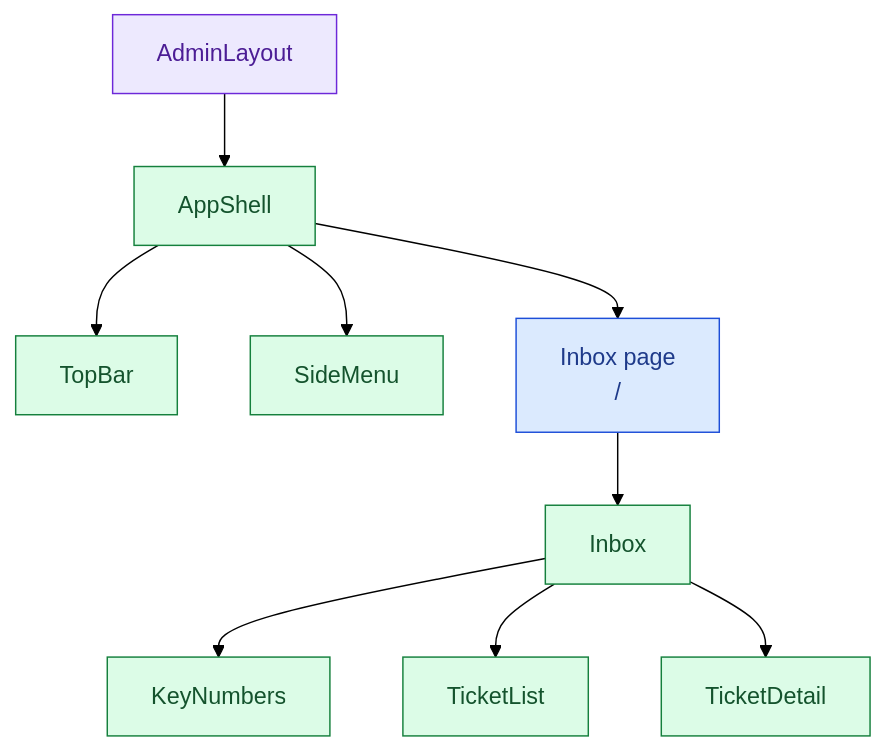
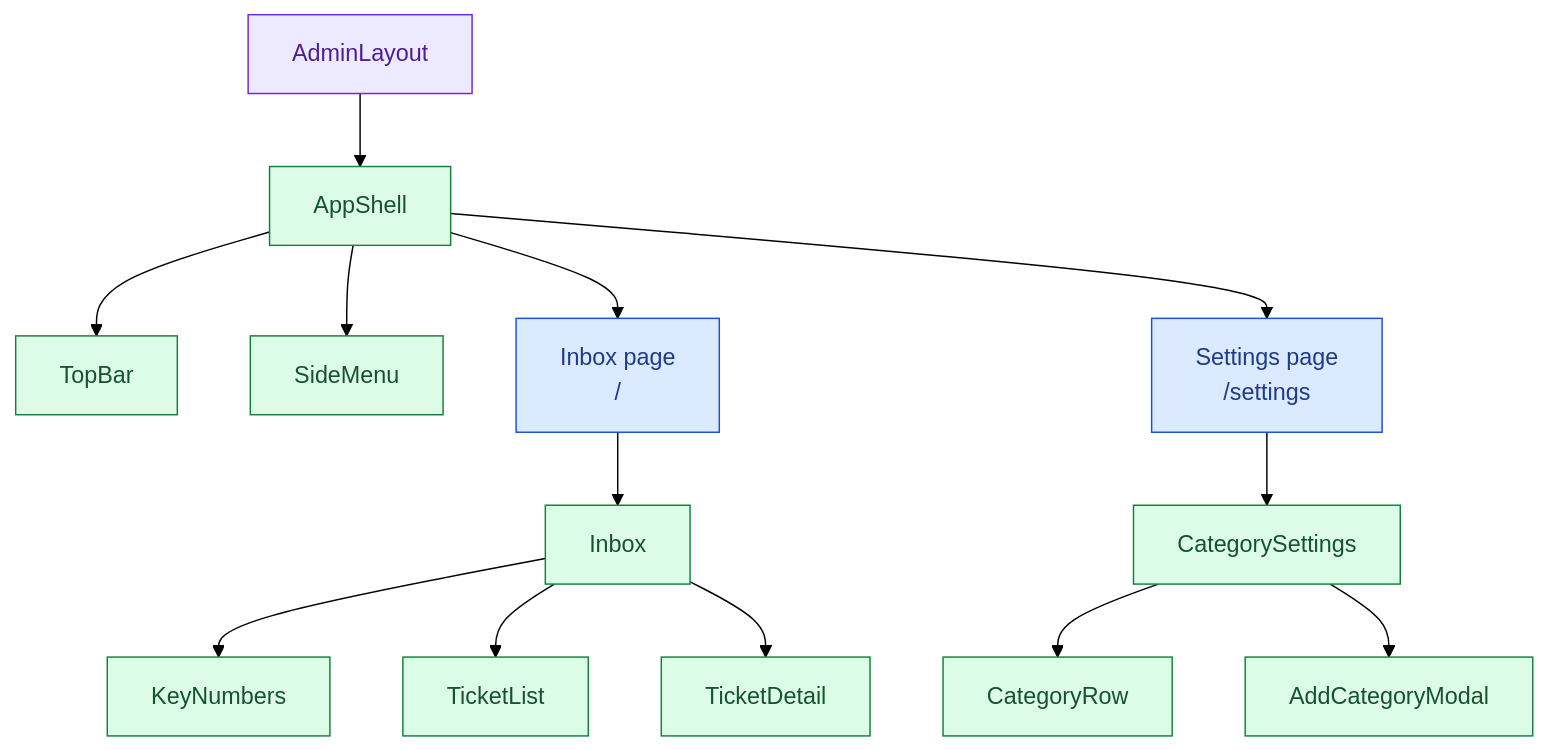
One commit to AlberteViendahl/feedback changed the seventh of 13 diagrams in apps/admin/docs/architecture.md. Above: the diagram before and after it, drawn with Mermaid (forest theme). The commit also changed other lines of this file, not shown here.

Commit message:
Updates to architecture

````diff
--- a/apps/admin/docs/architecture.md
+++ b/apps/admin/docs/architecture.md
@@ -229,27 +245,35 @@
 ```mermaid
 flowchart TD
   AdminLayout["AdminLayout"]:::layout
   AppShell["AppShell"]:::component
   TopBar["TopBar"]:::component
   SideMenu["SideMenu"]:::component
   Home["Inbox page<br/>/"]:::page
   Inbox["Inbox"]:::component
   KeyNumbers["KeyNumbers"]:::component
   TicketList["TicketList"]:::component
   TicketDetail["TicketDetail"]:::component
+  Settings["Settings page<br/>/settings"]:::page
+  CategorySettings["CategorySettings"]:::component
+  CategoryRow["CategoryRow"]:::component
+  AddCategoryModal["AddCategoryModal"]:::component
 
   AdminLayout --> AppShell
   AppShell --> TopBar
   AppShell --> SideMenu
   AppShell --> Home
   Home --> Inbox
   Inbox --> KeyNumbers
   Inbox --> TicketList
   Inbox --> TicketDetail
+  AppShell --> Settings
+  Settings --> CategorySettings
+  CategorySettings --> CategoryRow
+  CategorySettings --> AddCategoryModal
 
   classDef page fill:#DBEAFE,stroke:#1D4ED8,color:#1E3A8A
   classDef layout fill:#EDE9FE,stroke:#6D28D9,color:#4C1D95
   classDef component fill:#DCFCE7,stroke:#15803D,color:#14532D
   classDef store fill:#FFEDD5,stroke:#C2410C,color:#7C2D12
   classDef mock fill:#F3F4F6,stroke:#4B5563,color:#1F2937,stroke-dasharray:4 3
 ```
````
